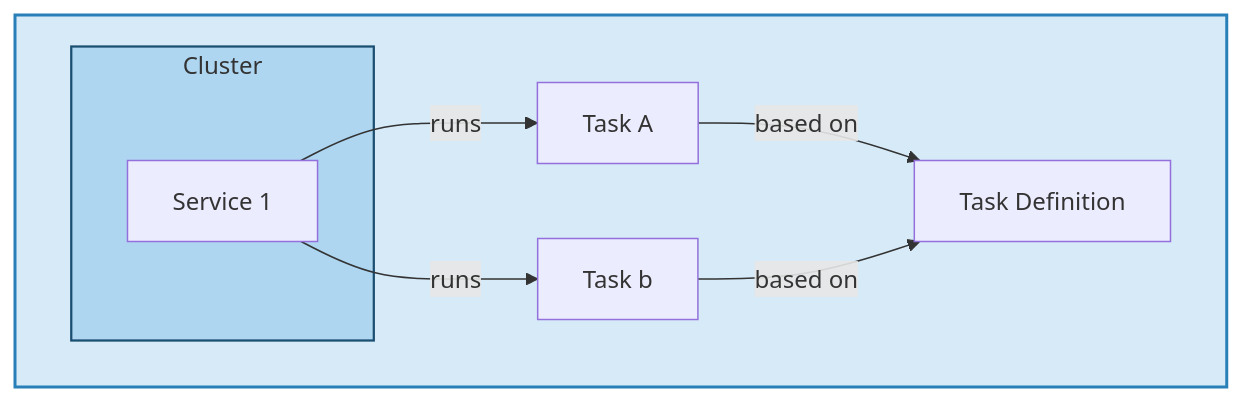
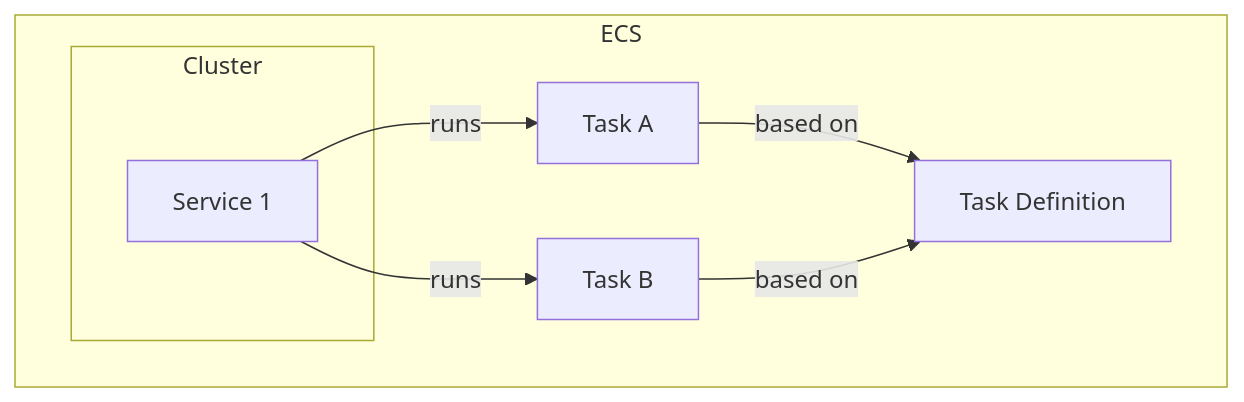
The diagram in content/posts/part-2-cicd-deploy-aws-ecs/index.md (gereader/gereader.xyz-site), drawn with Mermaid before and after one commit. The commit also changed 6 other files, not shown here.

First line of the commit message:
fix(qa): nav layout, mermaid race, bash chroma + scroll

````diff
--- a/content/posts/part-2-cicd-deploy-aws-ecs/index.md
+++ b/content/posts/part-2-cicd-deploy-aws-ecs/index.md
@@ -44,22 +44,13 @@
 ```mermaid
-graph TD
-
-  subgraph OuterCluster[" "]
+flowchart TD
+  subgraph OuterCluster [ECS]
     Cluster[EC2 Cluster]
-
     subgraph Cluster
       Service1[Service 1]
     end
-
     Service1 -->|runs| TaskA[Task A]
-    Service1 -->|runs| TaskB[Task b]
-
+    Service1 -->|runs| TaskB[Task B]
     TaskA -->|based on| TaskDefinitionA[Task Definition]
     TaskB -->|based on| TaskDefinitionA
-
   end
-
-  style OuterCluster fill:#D6EAF8,stroke:#2980B9,stroke-width:2px
-  style Cluster fill:#AED6F1,stroke:#1B4F72,stroke-width:1.5px
-
 ```
````
